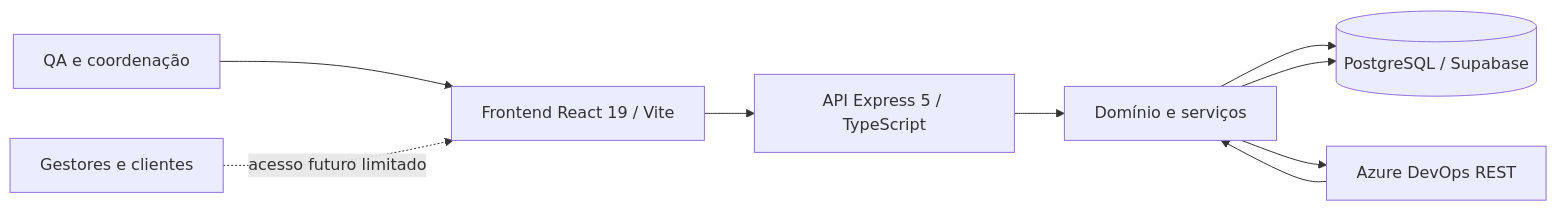
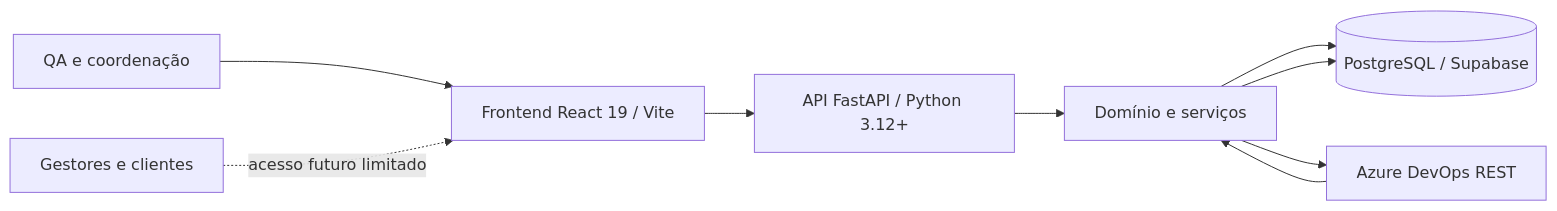
One commit to HeltonDias/fourqa changed the first of 2 diagrams in .cursor/docs/ARCHITECTURE.md. Above: the diagram before and after it, drawn with Mermaid. The commit also changed other lines of this file and 37 other files, not shown here.

````diff
--- a/.cursor/docs/ARCHITECTURE.md
+++ b/.cursor/docs/ARCHITECTURE.md
@@ -16,11 +16,11 @@
 ```mermaid
 flowchart LR
   QA[QA e coordenação] --> UI[Frontend React 19 / Vite]
-  UI --> API[API Express 5 / TypeScript]
+  UI --> API[API FastAPI / Python 3.12+]
   API --> DOM[Domínio e serviços]
   DOM --> PG[(PostgreSQL / Supabase)]
   DOM --> AZ[Azure DevOps REST]
   AZ --> DOM
   DOM --> PG
   EXT[Gestores e clientes] -. acesso futuro limitado .-> UI
 ```
````
